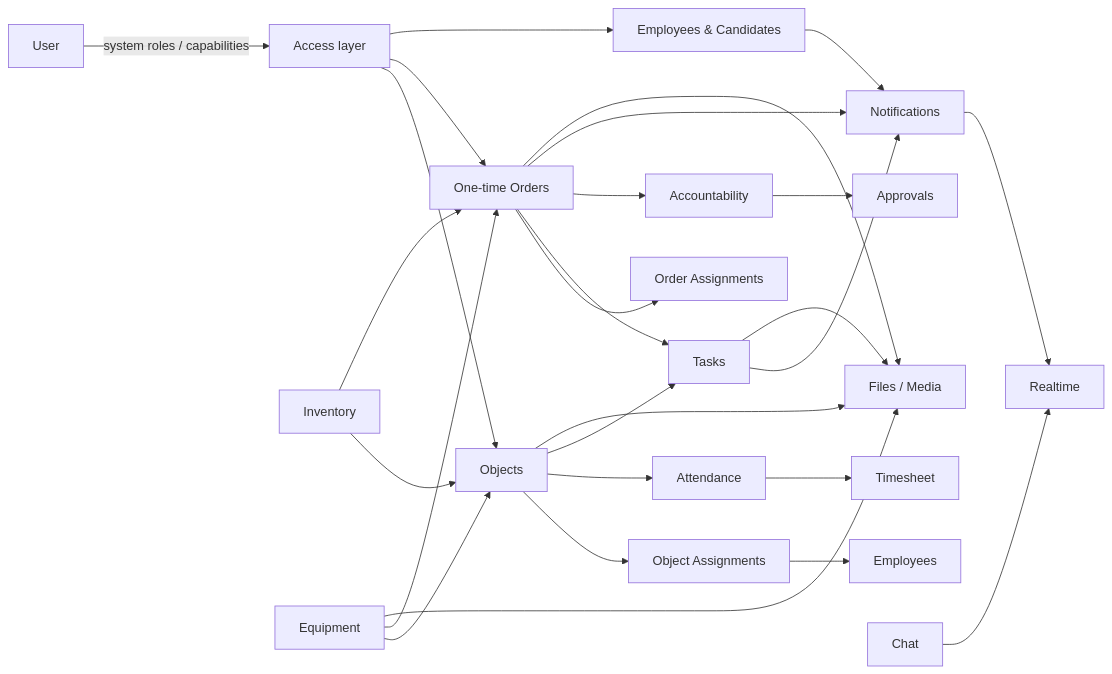
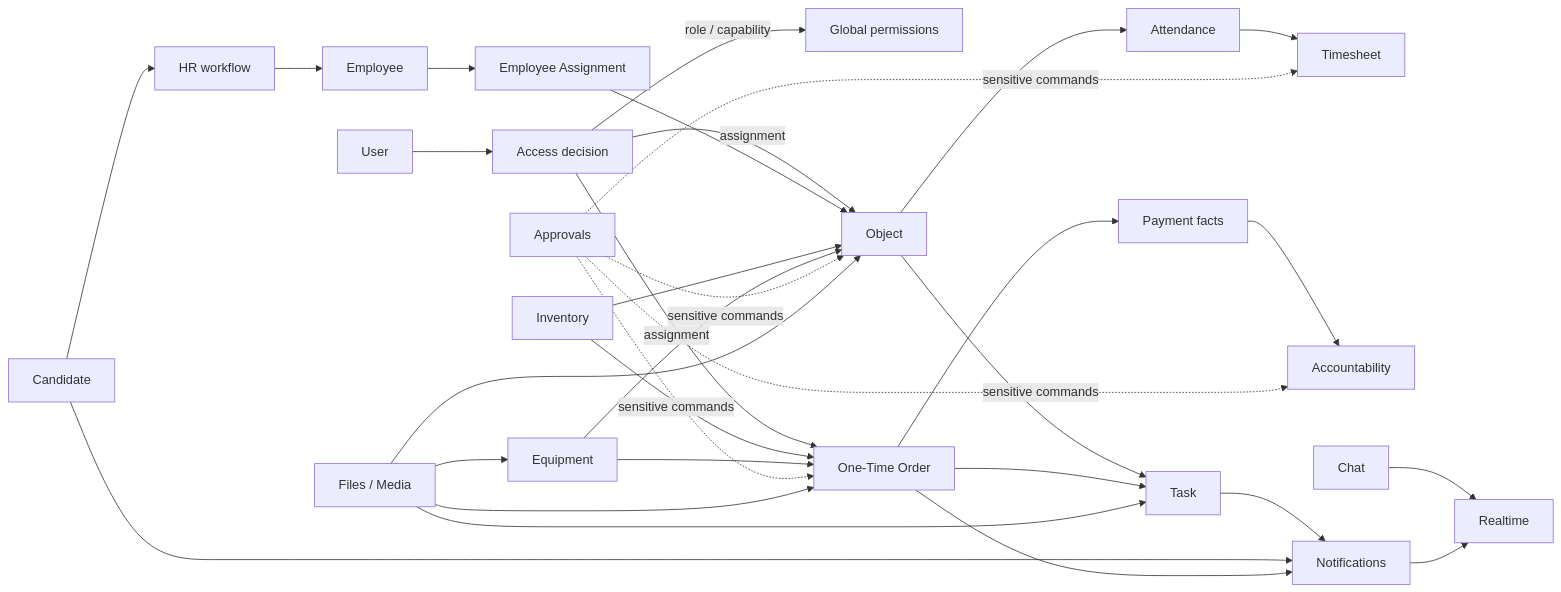
One commit to JSwhiz/service-ops-crm changed the first of 3 diagrams in README.md. Above: the diagram before and after it, drawn with Mermaid. The commit also changed other lines of this file, not shown here.

Commit message:
docs: polish repository presentation and architecture readme

````diff
--- a/README.md
+++ b/README.md
@@ -90,36 +110,43 @@
 ```mermaid
 flowchart LR
-    U[User] -->|system roles / capabilities| ACL[Access layer]
-    ACL --> O[Objects]
-    ACL --> OO[One-time Orders]
-    ACL --> HR[Employees & Candidates]
+    U[User] --> ACCESS[Access decision]
+    ACCESS -->|role / capability| GLOBAL[Global permissions]
+    ACCESS -->|assignment| O[Object]
+    ACCESS -->|assignment| OTO[One-Time Order]
 
-    O --> OA[Object Assignments]
-    OA --> E[Employees]
-    O --> AT[Attendance]
-    AT --> TS[Timesheet]
+    E[Employee] --> ASG[Employee Assignment]
+    ASG --> O
+    O --> ATT[Attendance]
+    ATT --> TS[Timesheet]
 
-    OO --> OOA[Order Assignments]
-    OO --> T[Tasks]
-    O --> T
+    CAND[Candidate] --> HR[HR workflow]
+    HR --> E
+
+    O --> TASK[Task]
+    OTO --> TASK
 
     INV[Inventory] --> O
-    INV --> OO
+    INV --> OTO
     EQ[Equipment] --> O
-    EQ --> OO
+    EQ --> OTO
 
-    OO --> ACC[Accountability]
-    ACC --> AP[Approvals]
+    OTO --> PAY[Payment facts]
+    PAY --> ACC[Accountability]
 
-    T --> N[Notifications]
-    HR --> N
-    OO --> N
+    APP[Approvals] -. sensitive commands .-> O
+    APP -. sensitive commands .-> OTO
+    APP -. sensitive commands .-> ACC
+    APP -. sensitive commands .-> TS
 
-    O --> F[Files / Media]
-    OO --> F
-    T --> F
-    EQ --> F
+    CHAT[Chat] --> RT[Realtime]
+    NOTIF[Notifications] --> RT
 
-    C[Chat] --> RT[Realtime]
-    N --> RT
+    TASK --> NOTIF
+    CAND --> NOTIF
+    OTO --> NOTIF
+
+    FILES[Files / Media] --> O
+    FILES --> OTO
+    FILES --> TASK
+    FILES --> EQ
 ```
````
